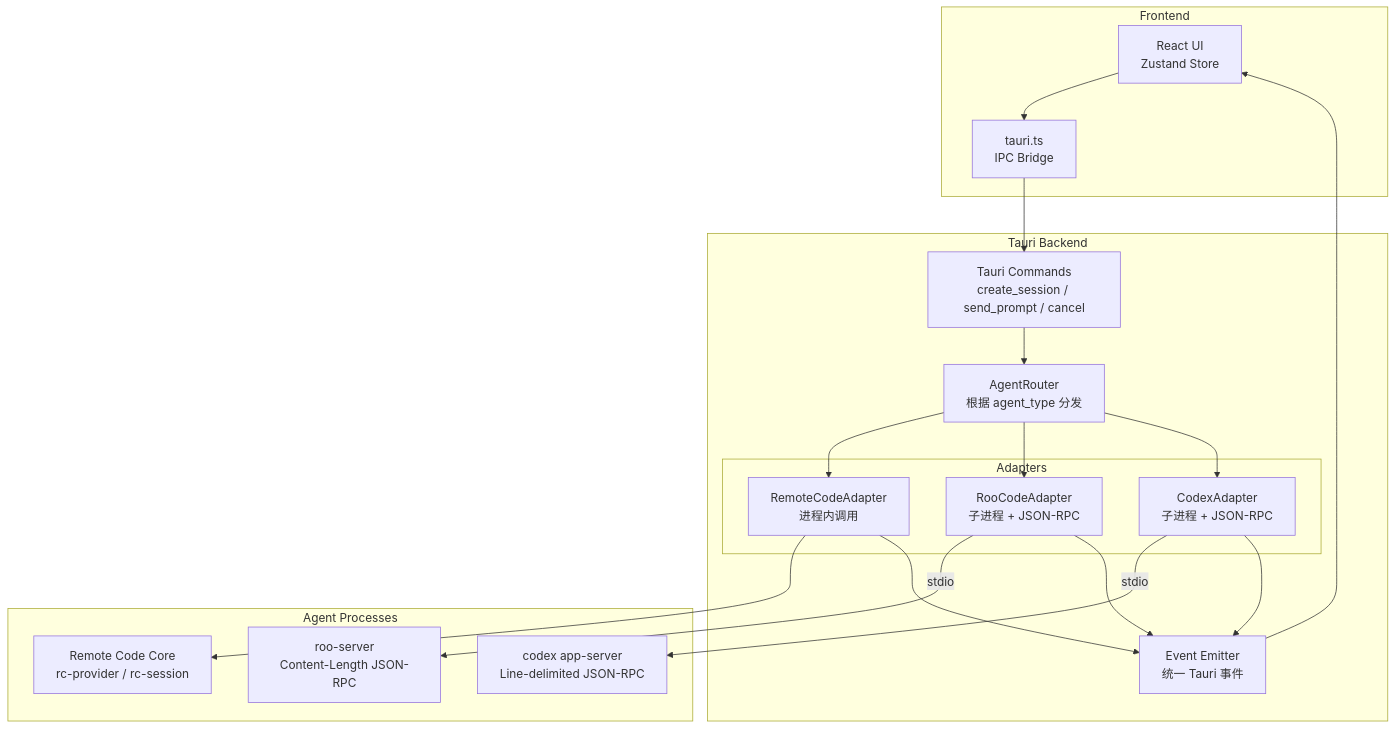
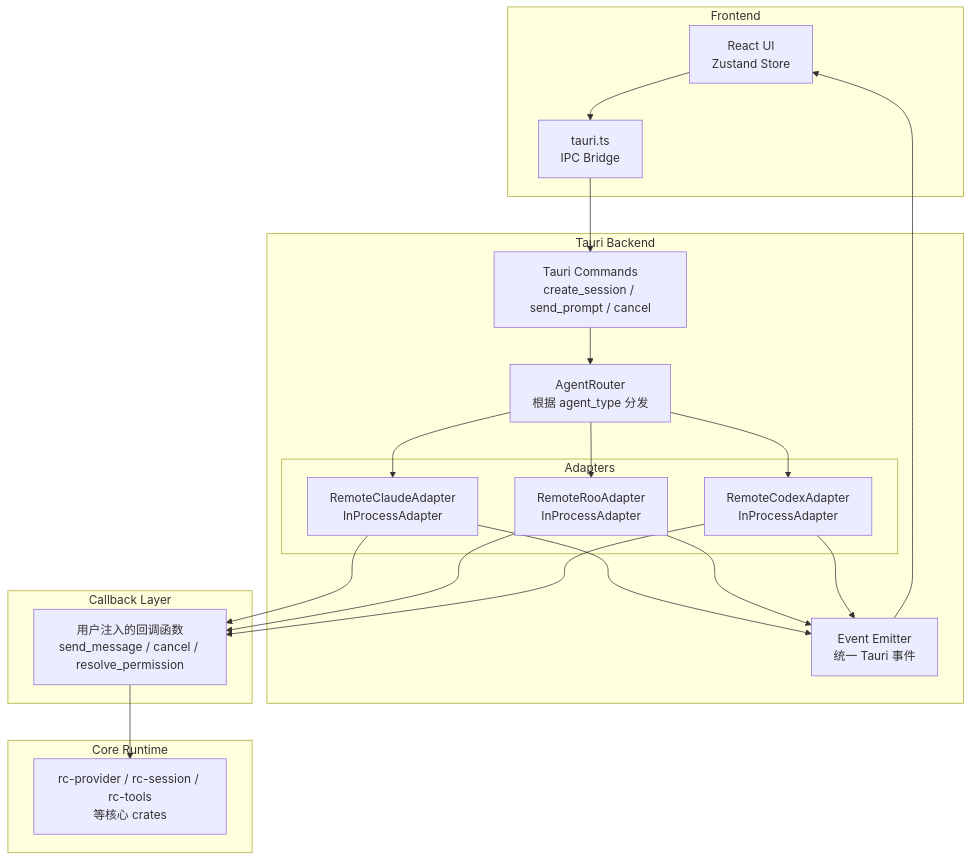
The diagram in plans/multi-agent-architecture.md (yanzhi0922/remote-code-rust), drawn with Mermaid before and after one commit. The commit also changed other lines of this file and 10 other files, not shown here.

````diff
--- a/plans/multi-agent-architecture.md
+++ b/plans/multi-agent-architecture.md
@@ -199,42 +21,46 @@
 ```mermaid
 graph TB
     subgraph Frontend
         UI[React UI<br/>Zustand Store]
         TS[tauri.ts<br/>IPC Bridge]
     end
 
     subgraph Tauri Backend
         CMD[Tauri Commands<br/>create_session / send_prompt / cancel]
         ROUTER[AgentRouter<br/>根据 agent_type 分发]
         
         subgraph Adapters
-            RCA[RemoteCodeAdapter<br/>进程内调用]
-            RA[RooCodeAdapter<br/>子进程 + JSON-RPC]
-            CA[CodexAdapter<br/>子进程 + JSON-RPC]
+            RCA[RemoteClaudeAdapter<br/>InProcessAdapter]
+            RA[RemoteRooAdapter<br/>InProcessAdapter]
+            CA[RemoteCodexAdapter<br/>InProcessAdapter]
         end
 
         EMIT[Event Emitter<br/>统一 Tauri 事件]
     end
 
-    subgraph Agent Processes
-        RC_CORE[Remote Code Core<br/>rc-provider / rc-session]
-        ROO_SVR[roo-server<br/>Content-Length JSON-RPC]
-        CODEX_SVR[codex app-server<br/>Line-delimited JSON-RPC]
+    subgraph Callback Layer
+        CALLBACKS[用户注入的回调函数<br/>send_message / cancel / resolve_permission]
+    end
+
+    subgraph Core Runtime
+        RC_CORE[rc-provider / rc-session / rc-tools<br/>等核心 crates]
     end
 
     UI --> TS
     TS --> CMD
     CMD --> ROUTER
     ROUTER --> RCA
     ROUTER --> RA
     ROUTER --> CA
     
-    RCA --> RC_CORE
-    RA -->|stdio| ROO_SVR
-    CA -->|stdio| CODEX_SVR
+    RCA --> CALLBACKS
+    RA --> CALLBACKS
+    CA --> CALLBACKS
+    
+    CALLBACKS --> RC_CORE
     
     RCA --> EMIT
     RA --> EMIT
     CA --> EMIT
     EMIT --> UI
 ```
````
